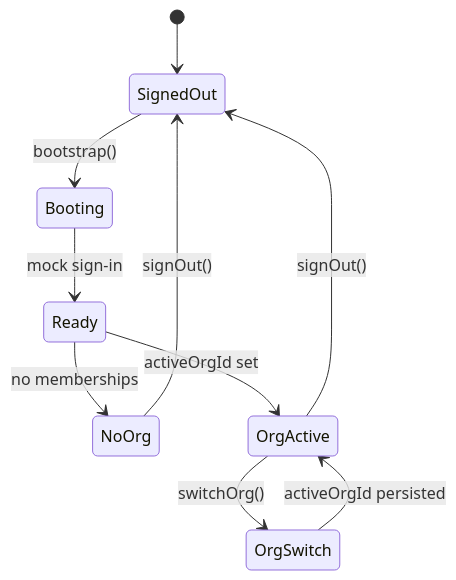
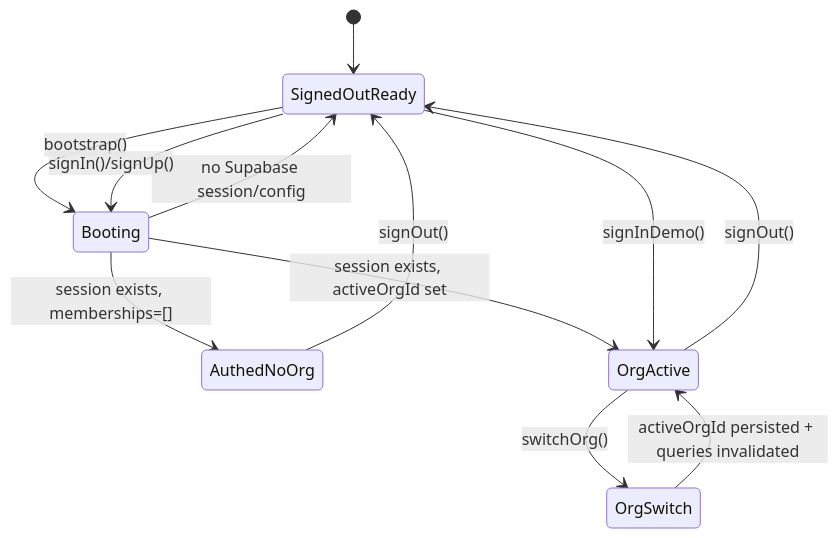
The diagram in docs/diagrams/states/03_session_boot.mmd (KRUKMAN/fafiq-app), drawn with Mermaid before and after one commit. The commit also changed 15 other files, not shown here.

```diff
--- a/docs/diagrams/states/03_session_boot.mmd
+++ b/docs/diagrams/states/03_session_boot.mmd
@@ -1,10 +1,12 @@
 stateDiagram-v2
-  [*] --> SignedOut
-  SignedOut --> Booting : bootstrap()
-  Booting --> Ready : mock sign-in
-  Ready --> NoOrg : no memberships
-  Ready --> OrgActive : activeOrgId set
-  NoOrg --> SignedOut : signOut()
-  OrgActive --> SignedOut : signOut()
+  [*] --> SignedOutReady
+  SignedOutReady --> Booting : bootstrap()
+  Booting --> SignedOutReady : no Supabase session/config
+  Booting --> AuthedNoOrg : session exists, memberships=[]
+  Booting --> OrgActive : session exists, activeOrgId set
+  SignedOutReady --> OrgActive : signInDemo()
+  SignedOutReady --> Booting : signIn()/signUp()
+  AuthedNoOrg --> SignedOutReady : signOut()
+  OrgActive --> SignedOutReady : signOut()
   OrgActive --> OrgSwitch : switchOrg()
-  OrgSwitch --> OrgActive : activeOrgId persisted
+  OrgSwitch --> OrgActive : activeOrgId persisted + queries invalidated
```
